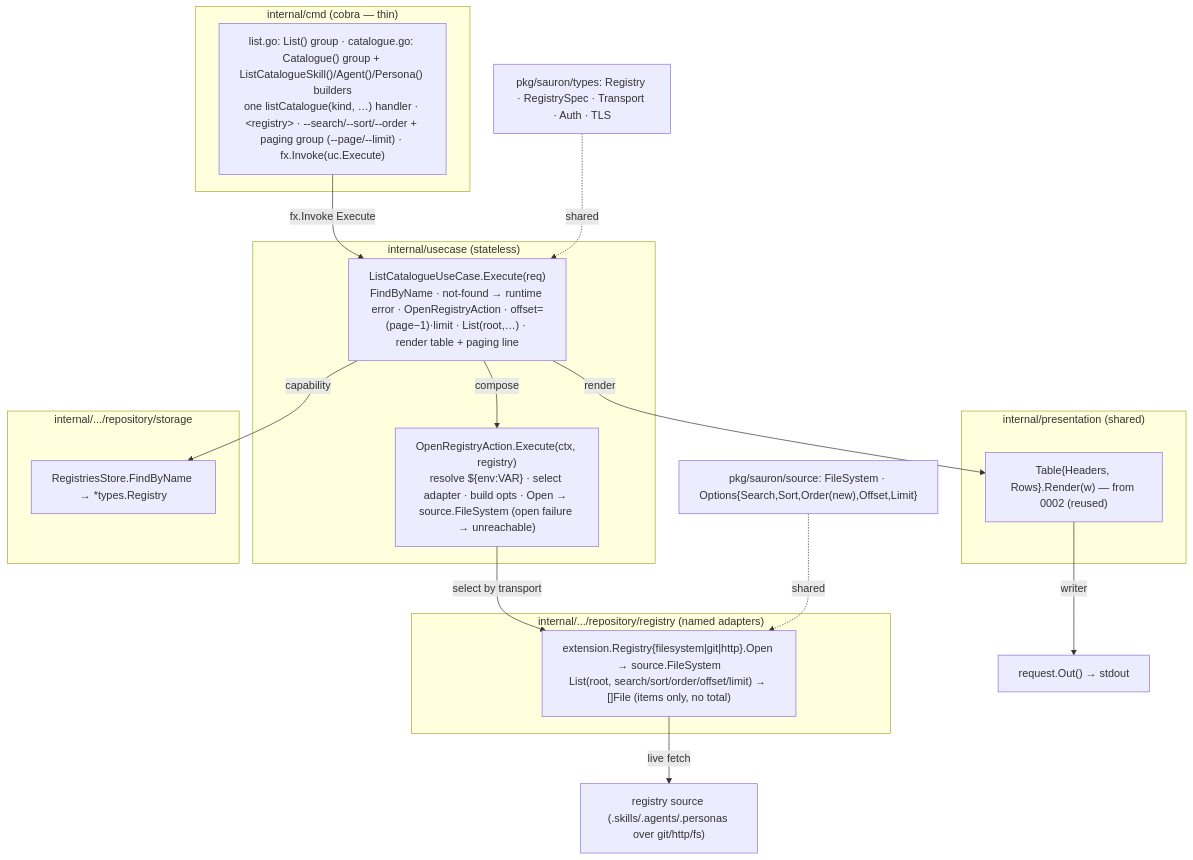
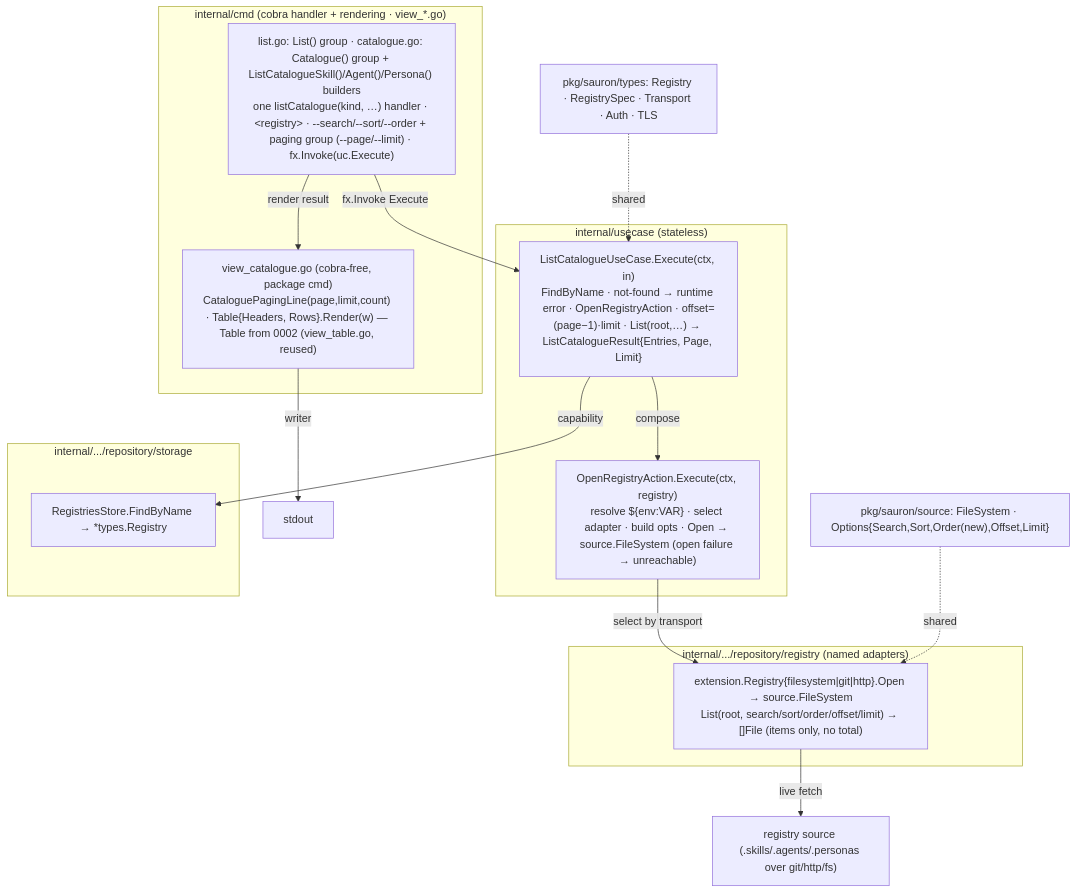
The diagram in spec/0005-list-catalogue/plan.md (Delfimarime/sauron), drawn with Mermaid before and after one commit. The commit also changed other lines of this file and 36 other files, not shown here.

````diff
--- a/spec/0005-list-catalogue/plan.md
+++ b/spec/0005-list-catalogue/plan.md
@@ -101,31 +102,29 @@
 ```mermaid
 graph TD
-  subgraph cmd["internal/cmd (cobra — thin)"]
+  subgraph cmd["internal/cmd (cobra handler + rendering · view_*.go)"]
     LC["list.go: List() group · catalogue.go: Catalogue() group + ListCatalogueSkill()/Agent()/Persona() builders<br/>one listCatalogue(kind, …) handler · &lt;registry&gt; · --search/--sort/--order + paging group (--page/--limit) · fx.Invoke(uc.Execute)"]
+    T["view_catalogue.go (cobra-free, package cmd)<br/>CataloguePagingLine(page,limit,count) · Table{Headers, Rows}.Render(w) — Table from 0002 (view_table.go, reused)"]
   end
   subgraph uc["internal/usecase (stateless)"]
-    UC["ListCatalogueUseCase.Execute(req)<br/>FindByName · not-found → runtime error · OpenRegistryAction · offset=(page−1)·limit · List(root,…) · render table + paging line"]
+    UC["ListCatalogueUseCase.Execute(ctx, in)<br/>FindByName · not-found → runtime error · OpenRegistryAction · offset=(page−1)·limit · List(root,…) → ListCatalogueResult{Entries, Page, Limit}"]
     OA["OpenRegistryAction.Execute(ctx, registry)<br/>resolve ${env:VAR} · select adapter · build opts · Open → source.FileSystem (open failure → unreachable)"]
-  end
-  subgraph pres["internal/presentation (shared)"]
-    T["Table{Headers, Rows}.Render(w) — from 0002 (reused)"]
   end
   subgraph store["internal/.../repository/storage"]
     RS["RegistriesStore.FindByName → *types.Registry"]
   end
   subgraph adapters["internal/.../repository/registry (named adapters)"]
     AD["extension.Registry{filesystem|git|http}.Open → source.FileSystem<br/>List(root, search/sort/order/offset/limit) → []File (items only, no total)"]
   end
   TYPES["pkg/sauron/types: Registry · RegistrySpec · Transport · Auth · TLS"]
   SRC["pkg/sauron/source: FileSystem · Options{Search,Sort,Order(new),Offset,Limit}"]
 
   LC -->|fx.Invoke Execute| UC
   UC -->|capability| RS
   UC -->|compose| OA
   OA -->|select by transport| AD
   AD -->|live fetch| EXT["registry source (.skills/.agents/.personas over git/http/fs)"]
-  UC -->|render| T
-  T -->|writer| OUT["request.Out() → stdout"]
+  LC -->|render result| T
+  T -->|writer| OUT["stdout"]
   TYPES -.shared.-> UC
   SRC -.shared.-> AD
 ```
````
